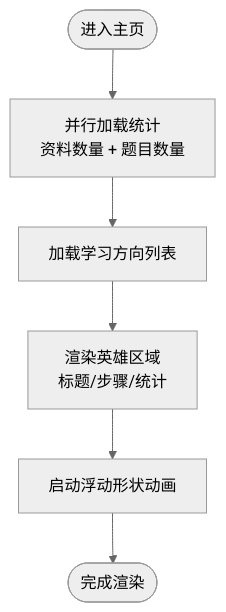
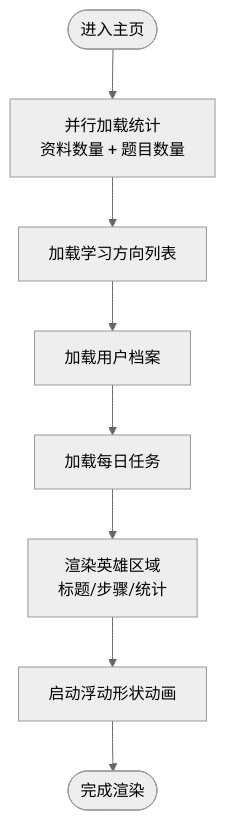
One commit to zhiwenli-jack/personal-learning-manager changed the third of 8 diagrams in .qoder/repowiki/zh/content/前端应用架构/视图组件/主页组件.md. Above: the diagram before and after it, drawn with Mermaid (neutral theme). The commit also changed other lines of this file and 20 other files, not shown here.

````diff
--- a/.qoder/repowiki/zh/content/前端应用架构/视图组件/主页组件.md
+++ b/.qoder/repowiki/zh/content/前端应用架构/视图组件/主页组件.md
@@ -142,8 +180,10 @@
 ```mermaid
 flowchart TD
 Start(["进入主页"]) --> LoadStats["并行加载统计<br/>资料数量 + 题目数量"]
 LoadStats --> LoadDirs["加载学习方向列表"]
-LoadDirs --> RenderHero["渲染英雄区域<br/>标题/步骤/统计"]
+LoadDirs --> LoadProfile["加载用户档案"]
+LoadProfile --> LoadDailyTasks["加载每日任务"]
+LoadDailyTasks --> RenderHero["渲染英雄区域<br/>标题/步骤/统计"]
 RenderHero --> FloatingShapes["启动浮动形状动画"]
 FloatingShapes --> Done(["完成渲染"])
 ```
````
